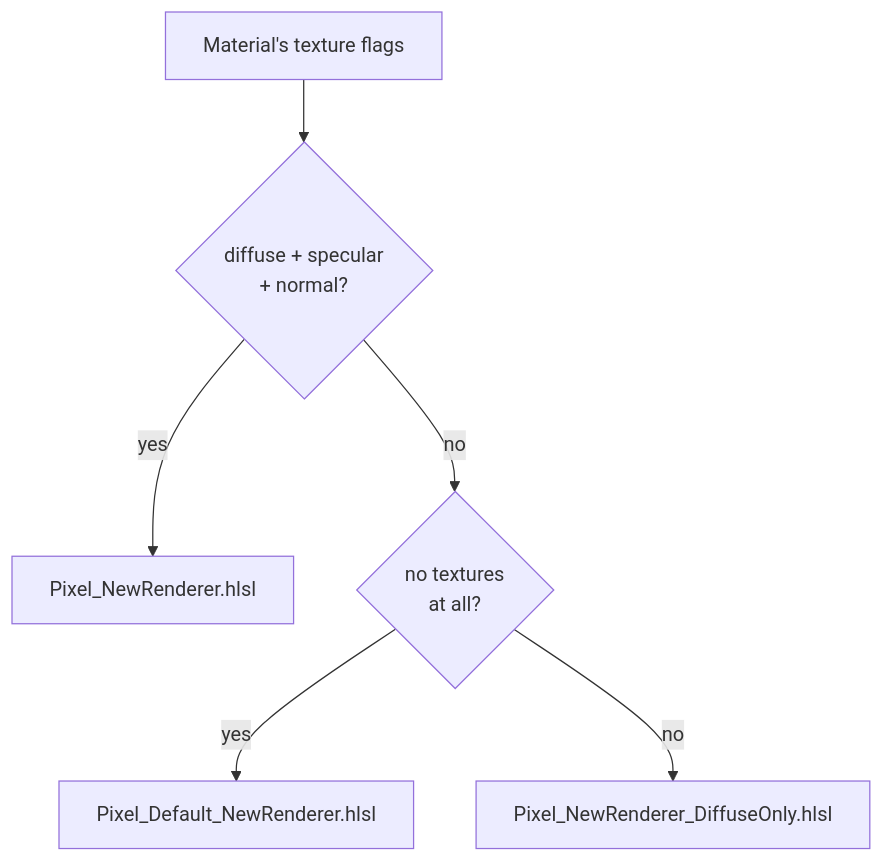
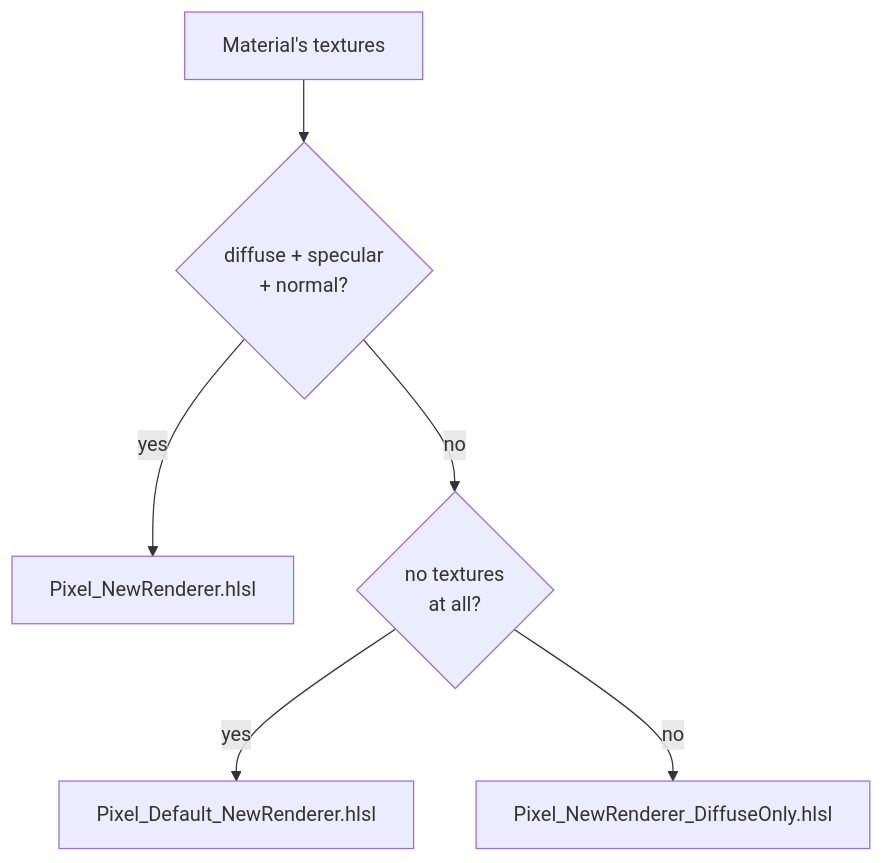
The third of 4 diagrams in Docs/Generated/Engine/04-Rendering/Materials-Meshes-Shaders.md (b1nary0/RZE), drawn with Mermaid before and after one commit. The commit also changed other lines of this file and 9 other files, not shown here.

````diff
--- a/Docs/Generated/Engine/04-Rendering/Materials-Meshes-Shaders.md
+++ b/Docs/Generated/Engine/04-Rendering/Materials-Meshes-Shaders.md
@@ -63,9 +126,9 @@
 ```mermaid
 %%{init: {'flowchart': {'subGraphTitleMargin': {'top': 6, 'bottom': 10}}, 'themeCSS': '.labelBkg, .edgeLabel { background-color: var(--background-primary) !important; } .messageText, .labelText, .loopText { paint-order: stroke; stroke: var(--background-primary); stroke-width: 5px; stroke-linejoin: round; }'}}%%
 flowchart TD
-    M["Material's texture flags"] --> Q1{"diffuse + specular<br/>+ normal?"}
+    M["Material's textures"] --> Q1{"diffuse + specular<br/>+ normal?"}
     Q1 -->|yes| Full["Pixel_NewRenderer.hlsl"]
     Q1 -->|no| Q2{"no textures<br/>at all?"}
     Q2 -->|yes| Plain["Pixel_Default_NewRenderer.hlsl"]
     Q2 -->|no| Diff["Pixel_NewRenderer_DiffuseOnly.hlsl"]
 ```
````
